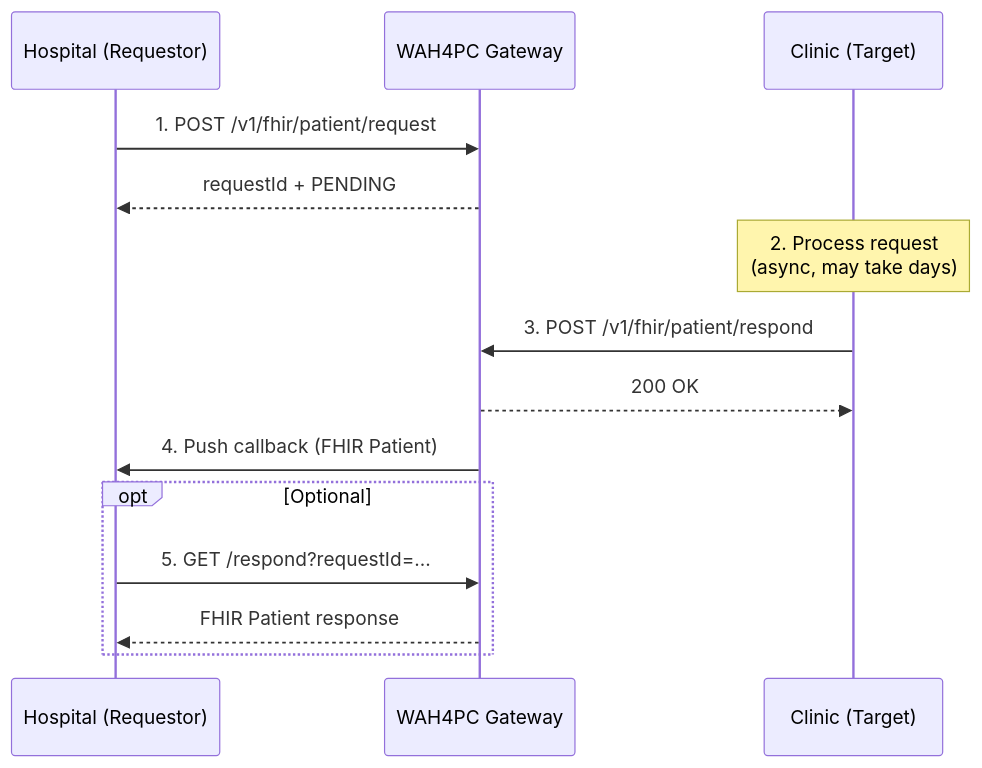
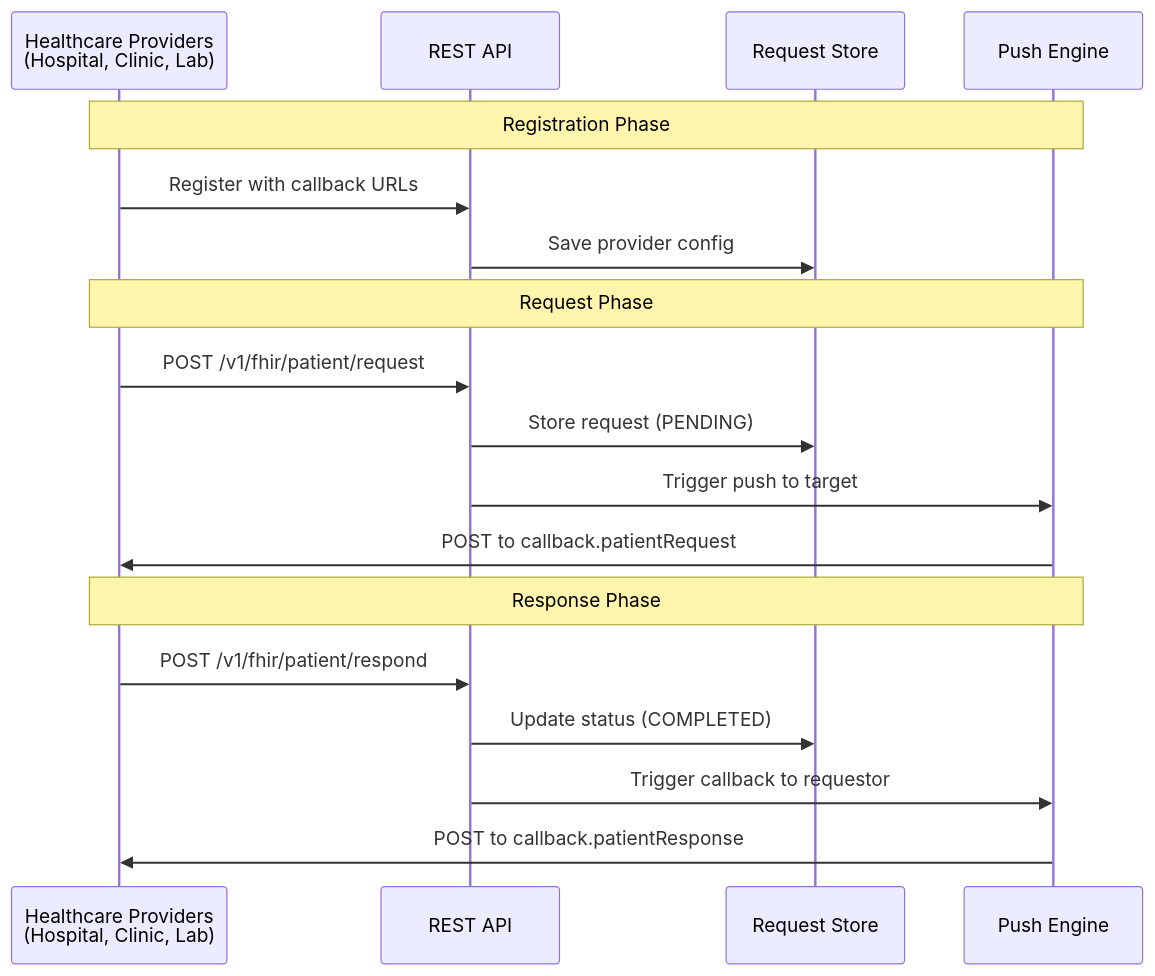
Before and after one commit to ceciliomichael/go-wah4pc: the first of 3 diagrams in docs/manual/flow-overview.md, drawn with Mermaid. The commit also changed other lines of this file and 6 other files, not shown here.

First line of the commit message:
docs(manual): update API reference and FHIR format documentation

````diff
--- a/docs/manual/flow-overview.md
+++ b/docs/manual/flow-overview.md
@@ -11,21 +11,23 @@
 ```mermaid
 sequenceDiagram
-    participant H as Hospital (Requestor)
-    participant W as WAH4PC Gateway
-    participant C as Clinic (Target)
-
-    H->>W: 1. POST /v1/fhir/patient/request
-    W-->>H: requestId + PENDING
-
-    Note over C: 2. Process request<br/>(async, may take days)
-
-    C->>W: 3. POST /v1/fhir/patient/respond
-    W-->>C: 200 OK
-
-    W->>H: 4. Push callback (FHIR Patient)
-
-    opt Optional
-        H->>W: 5. GET /respond?requestId=...
-        W-->>H: FHIR Patient response
-    end
+    participant Providers as Healthcare Providers<br/>(Hospital, Clinic, Lab)
+    participant API as REST API
+    participant Store as Request Store
+    participant Push as Push Engine
+    
+    Note over Providers,Push: Registration Phase
+    Providers->>API: Register with callback URLs
+    API->>Store: Save provider config
+    
+    Note over Providers,Push: Request Phase
+    Providers->>API: POST /v1/fhir/patient/request
+    API->>Store: Store request (PENDING)
+    API->>Push: Trigger push to target
+    Push->>Providers: POST to callback.patientRequest
+    
+    Note over Providers,Push: Response Phase
+    Providers->>API: POST /v1/fhir/patient/respond
+    API->>Store: Update status (COMPLETED)
+    API->>Push: Trigger callback to requestor
+    Push->>Providers: POST to callback.patientResponse
 ```
````
